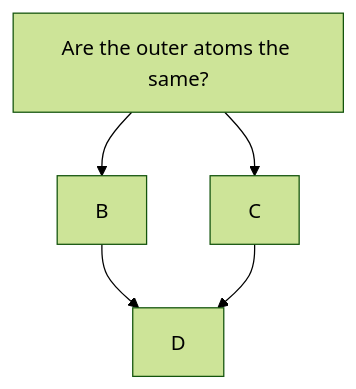
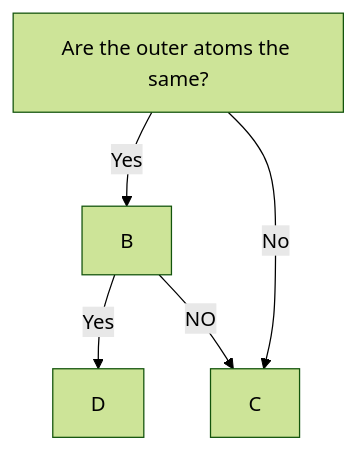
Before and after one commit to zadeviggers/notes: the diagram in Electronegativity.md, drawn with Mermaid (forest theme).

Commit message:
auto notes sync @ 2022-03-21 20:44:59

````diff
--- a/Electronegativity.md
+++ b/Electronegativity.md
@@ -3,7 +3,7 @@
 ```mermaid
 graph TD;  
-	A[Are the outer atoms the same?]-->B;
-	A-->C;
-	B-->D;
-	C-->D;
+	A[Are the outer atoms the same?]-->|Yes| B;
+	A-->|No| C;
+	B-->|Yes| D;
+	B-->|NO| C;
 ```
````
